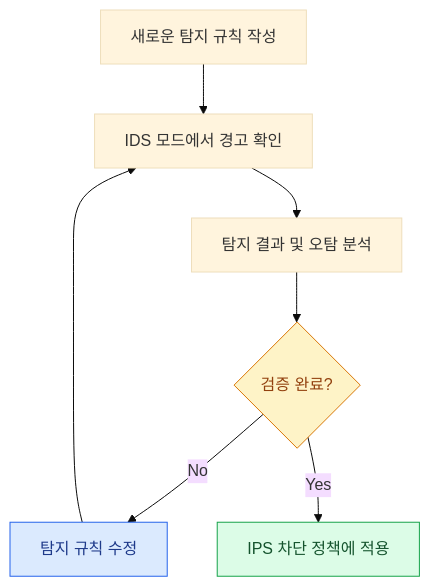
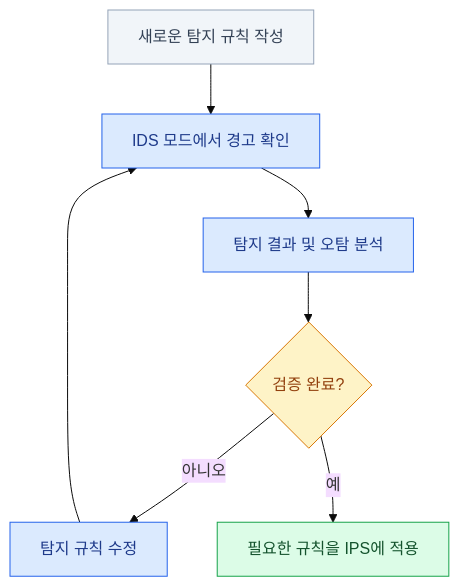
The sixth of 6 diagrams in _posts/2026-11-27-ids-ips.md (jjihhwaan/jjihhwaan.github.io), drawn with Mermaid (base theme) before and after one commit. The commit also changed other lines of this file, not shown here.

````diff
--- a/_posts/2026-11-27-ids-ips.md
+++ b/_posts/2026-11-27-ids-ips.md
@@ -942,14 +1064,20 @@
 ```mermaid
 flowchart TB
     A["새로운 탐지 규칙 작성"]
     A --> B["IDS 모드에서 경고 확인"]
     B --> C["탐지 결과 및 오탐 분석"]
     C --> D{"검증 완료?"}
-    D -->|No| E["탐지 규칙 수정"]
+    D -->|아니오| E["탐지 규칙 수정"]
     E --> B
-    D -->|Yes| F["IPS 차단 정책에 적용"]
+    D -->|예| F["필요한 규칙을 IPS에 적용"]
 
-    style D fill:#fef3c7,stroke:#d97706,color:#92400e
-    style E fill:#dbeafe,stroke:#2563eb,color:#1e3a8a
-    style F fill:#dcfce7,stroke:#16a34a,color:#14532d
+    classDef normal fill:#f1f5f9,stroke:#94a3b8,color:#334155
+    classDef inspect fill:#dbeafe,stroke:#2563eb,color:#1e3a8a
+    classDef decision fill:#fef3c7,stroke:#d97706,color:#92400e
+    classDef complete fill:#dcfce7,stroke:#16a34a,color:#14532d
+
+    class A normal
+    class B,C,E inspect
+    class D decision
+    class F complete
 ```
````
